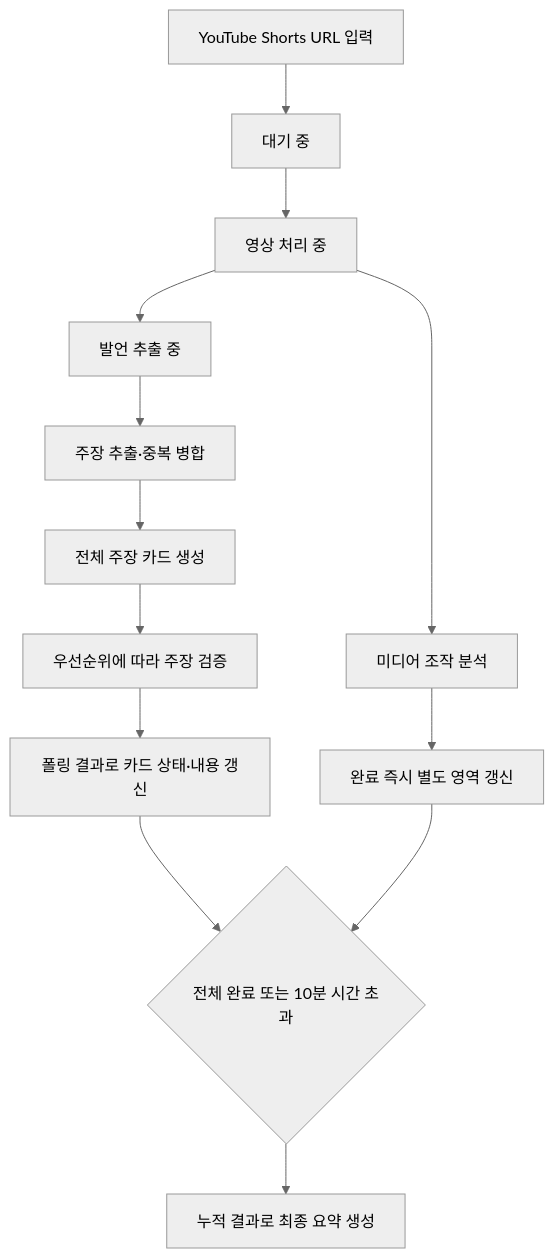
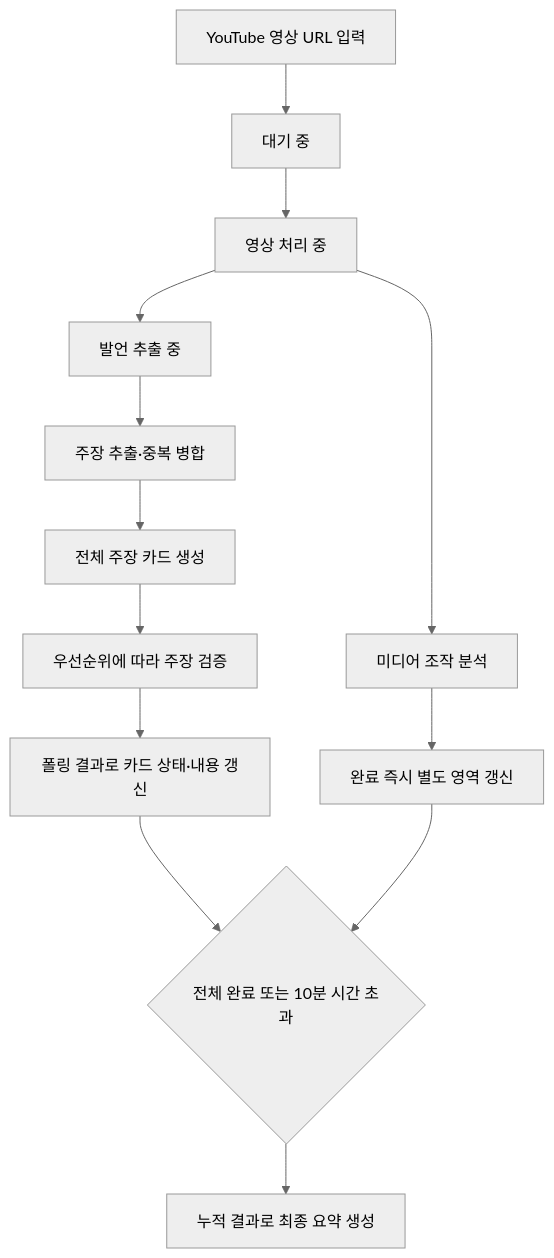
One commit to Dynamic-Juo/docs changed the diagram in design/result-ui.md. Above: the diagram before and after it, drawn with Mermaid (neutral theme). The commit also changed other lines of this file and 3 other files, not shown here.

````diff
--- a/design/result-ui.md
+++ b/design/result-ui.md
@@ -14,15 +14,15 @@
 ```mermaid
 flowchart TD
-    INPUT["YouTube Shorts URL 입력"] --> QUEUED["대기 중"]
+    INPUT["YouTube 영상 URL 입력"] --> QUEUED["대기 중"]
     QUEUED --> COLLECT["영상 처리 중"]
     COLLECT --> TRANSCRIPT["발언 추출 중"]
     TRANSCRIPT --> CLAIMS["주장 추출·중복 병합"]
     CLAIMS --> CARDS["전체 주장 카드 생성"]
     CARDS --> VERIFY["우선순위에 따라 주장 검증"]
     VERIFY --> UPDATE["폴링 결과로 카드 상태·내용 갱신"]
     COLLECT --> MEDIA["미디어 조작 분석"]
     MEDIA --> MEDIA_RESULT["완료 즉시 별도 영역 갱신"]
     UPDATE --> END{"전체 완료 또는 10분 시간 초과"}
     MEDIA_RESULT --> END
     END --> SUMMARY["누적 결과로 최종 요약 생성"]
 ```
````
